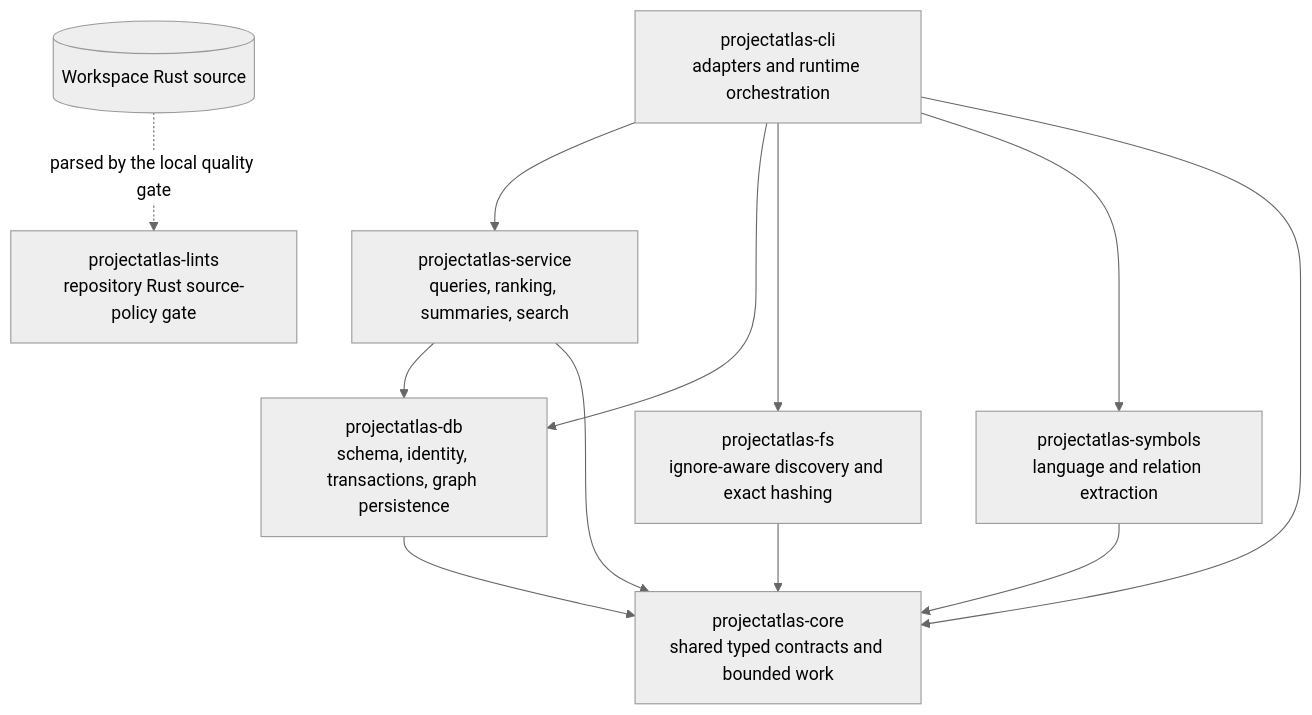
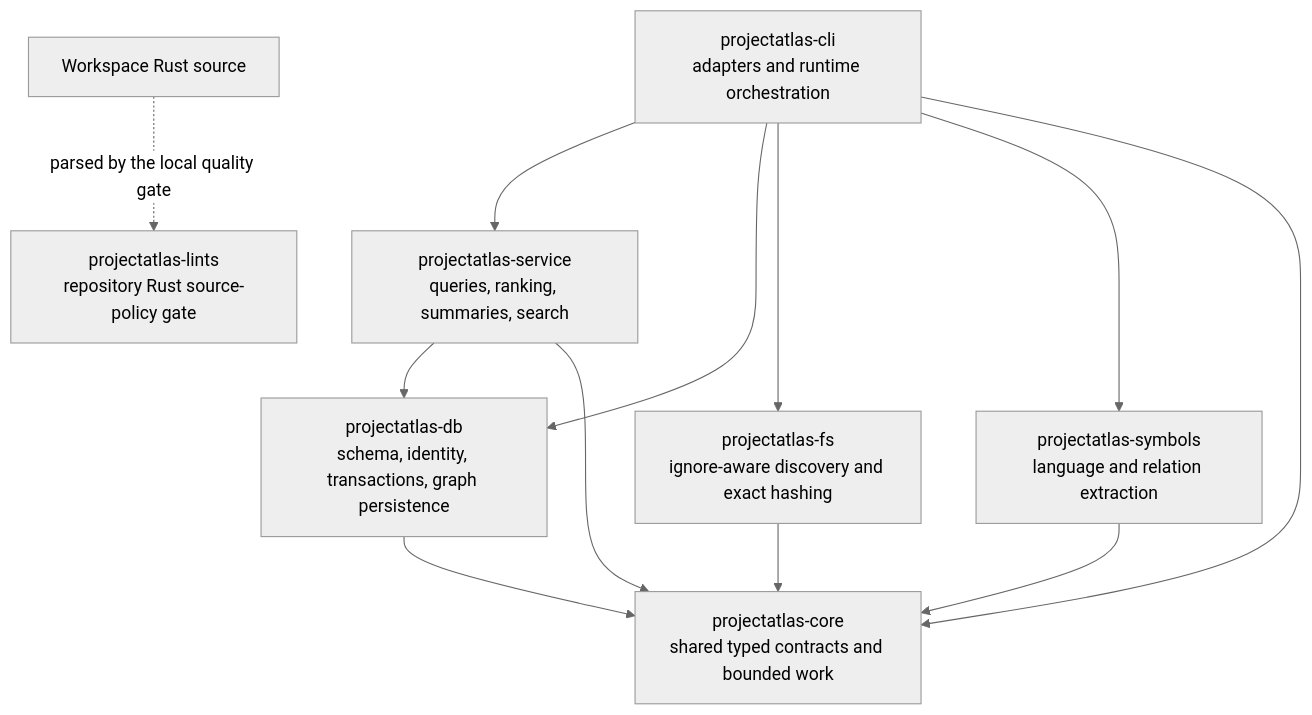
The second of 10 diagrams in docs/projectatlas-3-architecture.md (styler-ai/ProjectAtlas), drawn with Mermaid (neutral theme) before and after one commit. The commit also changed other lines of this file and 11 other files, not shown here.

Commit message:
docs(architecture): complete issue 308 database design (#308)

````diff
--- a/docs/projectatlas-3-architecture.md
+++ b/docs/projectatlas-3-architecture.md
@@ -234,23 +272,23 @@
 ```mermaid
 flowchart TB
     CLI[projectatlas-cli<br/>adapters and runtime orchestration]
     Service[projectatlas-service<br/>queries, ranking, summaries, search]
     DB[projectatlas-db<br/>schema, identity, transactions, graph persistence]
     FS[projectatlas-fs<br/>ignore-aware discovery and exact hashing]
     Symbols[projectatlas-symbols<br/>language and relation extraction]
     Core[projectatlas-core<br/>shared typed contracts and bounded work]
     Lints[projectatlas-lints<br/>repository Rust source-policy gate]
-    Workspace[(Workspace Rust source)]
+    Workspace[Workspace Rust source]
 
     CLI --> Service
     CLI --> DB
     CLI --> FS
     CLI --> Symbols
     CLI --> Core
     Service --> DB
     Service --> Core
     DB --> Core
     FS --> Core
     Symbols --> Core
     Workspace -. parsed by the local quality gate .-> Lints
 ```
````
